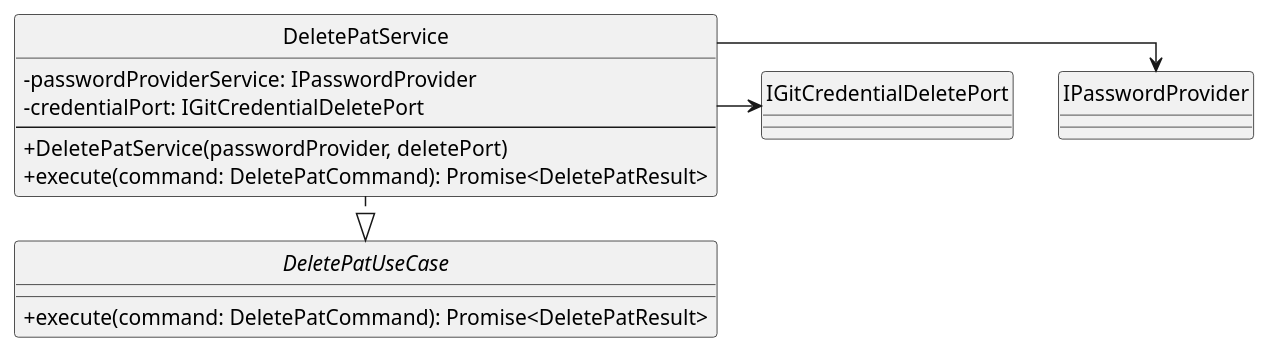
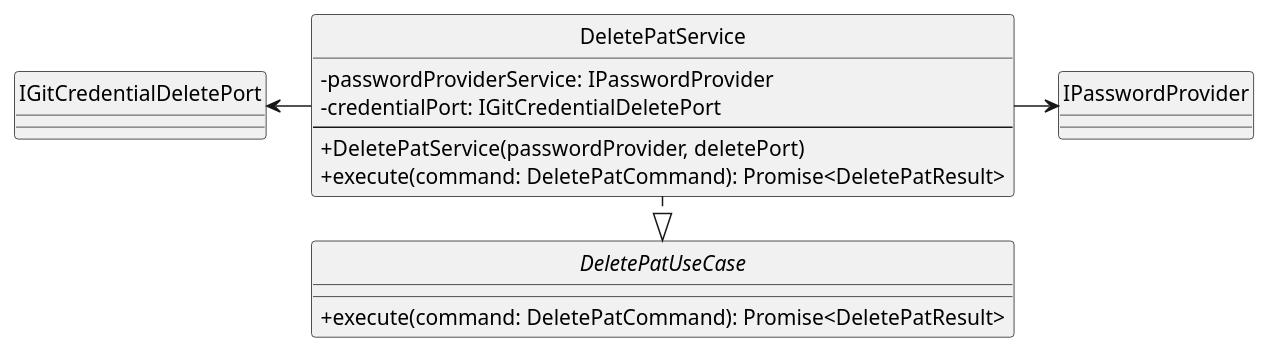
Before and after one commit to SkarabGroup/DocumentazioneProgetto: the diagram in assets/st_diagrams/code/plantuml/analysis/application/services/deletePAT.as.plantuml, drawn with PlantUML. The commit also changed 59 other files, not shown here.

```diff
--- a/assets/st_diagrams/code/plantuml/analysis/application/services/deletePAT.as.plantuml
+++ b/assets/st_diagrams/code/plantuml/analysis/application/services/deletePAT.as.plantuml
@@ -1,24 +1,24 @@
 @startuml DeletePatService
 skinparam componentStyle uml2.5
 skinparam linetype ortho
 skinparam nodesep 30
 skinparam ranksep 30
 skinparam ClassAttributeIconSize 0
 hide circles
 
 interface DeletePatUseCase {
     + execute(command: DeletePatCommand): Promise<DeletePatResult>
 }
 
 class DeletePatService {
     - passwordProviderService: IPasswordProvider
     - credentialPort: IGitCredentialDeletePort
     ---
     + DeletePatService(passwordProvider, deletePort)
     + execute(command: DeletePatCommand): Promise<DeletePatResult>
 }
 
 DeletePatService ..|> DeletePatUseCase
 DeletePatService --right-> IPasswordProvider
-DeletePatService --right-> IGitCredentialDeletePort
+DeletePatService --left-> IGitCredentialDeletePort
 @enduml
```
